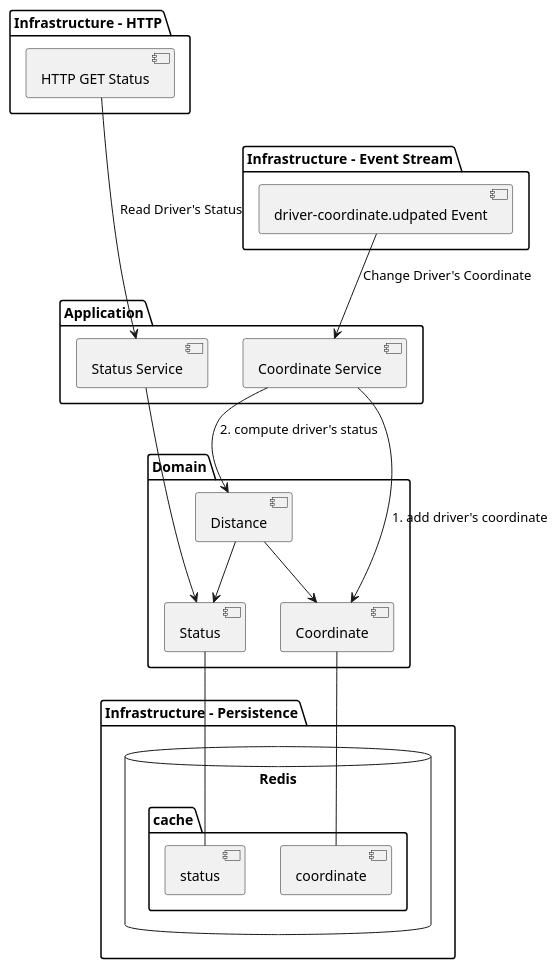
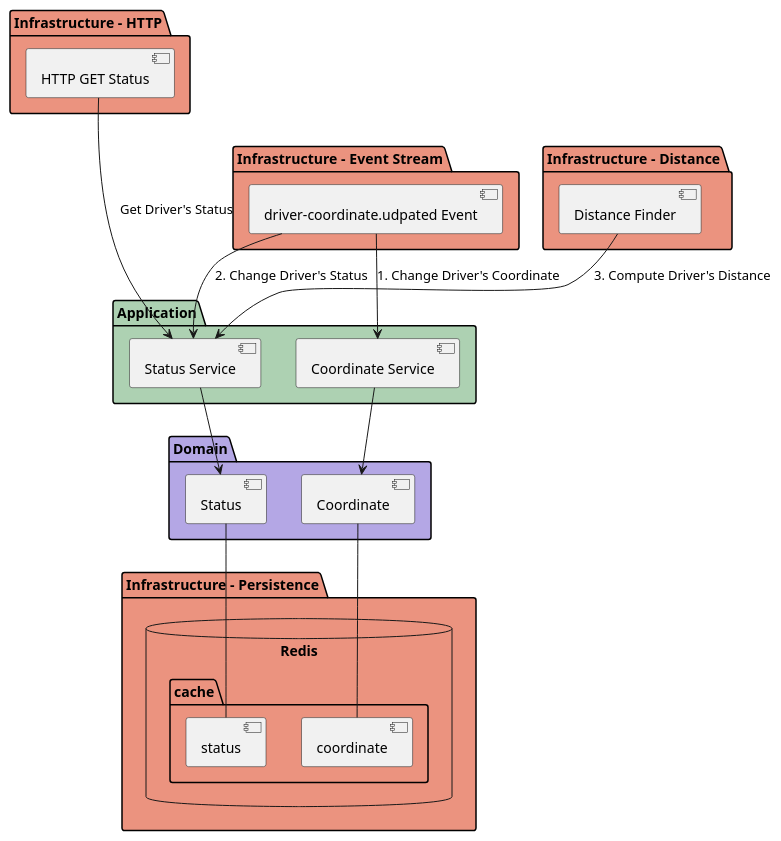
The diagram in docs/gt-app-components.puml (TestardR/geo-tracking), drawn with PlantUML before and after one commit. The commit also changed 12 other files, not shown here.

Commit message:
refactor(distance): turn distance_finder into infra component

```diff
--- a/docs/gt-app-components.puml
+++ b/docs/gt-app-components.puml
@@ -1,42 +1,43 @@
 @startuml
 'https://plantuml.com/component-diagram
 
-package "Infrastructure - HTTP" {
-   [HTTP GET Status] as http_get_status
+package "Infrastructure - HTTP" #EB937F {
+   [HTTP GET Status] as http_get_status 
 }
 
-package "Infrastructure - Event Stream" {
+package "Infrastructure - Event Stream" #EB937F {
    [driver-coordinate.udpated Event] as event_driver_coordinate
 }
 
-package "Application" {
-    http_get_status ---> [Status Service] : Read Driver's Status
-    event_driver_coordinate --> [Coordinate Service]: Change Driver's Coordinate
+package "Infrastructure - Distance" #EB937F {
+    [Distance Finder] as distance_finder 
 }
 
-package "Domain" {
+package "Application" #ADD1B2 {
+    http_get_status ---> [Status Service]: Get Driver's Status
+    event_driver_coordinate --> [Coordinate Service]: 1. Change Driver's Coordinate
+    event_driver_coordinate --> [Status Service]: 2. Change Driver's Status
+    distance_finder --> [Status Service]: 3. Compute Driver's Distance
+}
+
+package "Domain" #B4A7E5 {
     [Coordinate]
     [Status]
-    [Distance]
 
     [Status Service] --> [Status]
-    [Coordinate Service] --> [Coordinate]: 1. add driver's coordinate
-    [Coordinate Service] --> [Distance]: 2. compute driver's status
-
-    [Distance] --> [Status]
-    [Distance] --> [Coordinate]
+    
+    [Coordinate Service] --> [Coordinate]
 }
 
-package "Infrastructure - Persistence" {
+package "Infrastructure - Persistence" #EB937F {
      database "Redis" {
           folder "cache" {
             [status]
             [coordinate]
           }
 }
 
 [Status] -- [status]
-
 [Coordinate] -- [coordinate]
 
 @enduml
```
